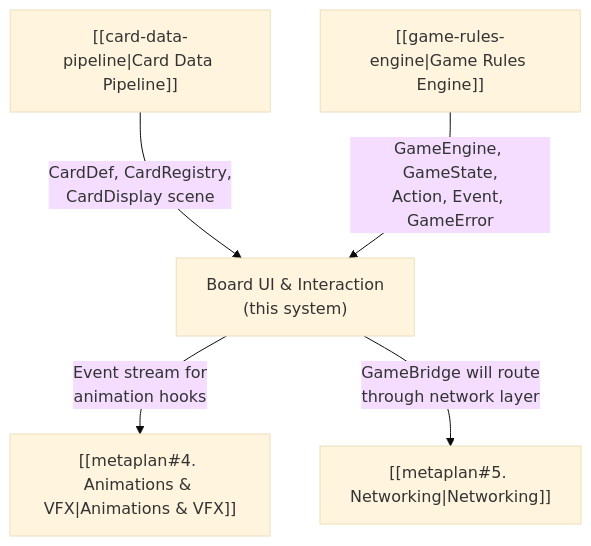
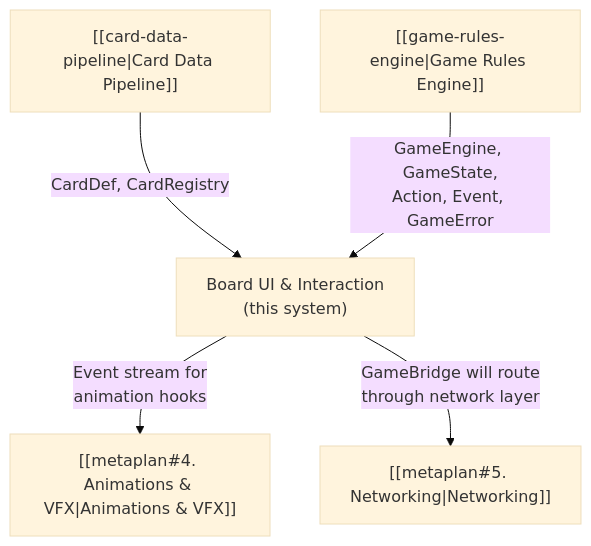
One commit to tlkahn/hearthstone-clone changed the fourth of 4 diagrams in doc/board-ui-interaction.md. Above: the diagram before and after it, drawn with Mermaid (base theme). The commit also changed other lines of this file and 3 other files, not shown here.

````diff
--- a/doc/board-ui-interaction.md
+++ b/doc/board-ui-interaction.md
@@ -319,13 +323,13 @@
 ```mermaid
 flowchart TB
     CDP["[[card-data-pipeline|Card Data Pipeline]]"]
     GRE["[[game-rules-engine|Game Rules Engine]]"]
     BUI["Board UI & Interaction<br>(this system)"]
     ANI["[[metaplan#4. Animations & VFX|Animations & VFX]]"]
     NET["[[metaplan#5. Networking|Networking]]"]
 
-    CDP -->|"CardDef, CardRegistry,<br>CardDisplay scene"| BUI
+    CDP -->|"CardDef, CardRegistry"| BUI
     GRE -->|"GameEngine, GameState,<br>Action, Event, GameError"| BUI
     BUI -->|"Event stream for<br>animation hooks"| ANI
     BUI -->|"GameBridge will route<br>through network layer"| NET
 ```
````
